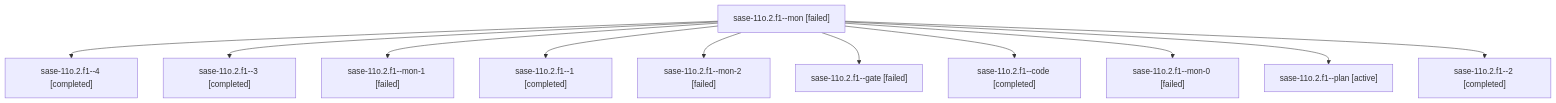
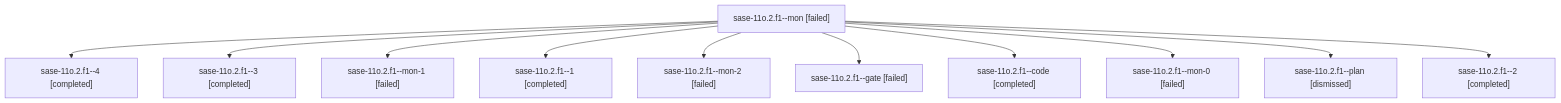
Before and after one commit to sase-org/sase--agents: the diagram in sessions/bbugyi200.athena.sase-11o.2.f1.md, drawn with Mermaid. The commit also changed other lines of this file and 252 other files, not shown here.

````diff
--- a/sessions/bbugyi200.athena.sase-11o.2.f1.md
+++ b/sessions/bbugyi200.athena.sase-11o.2.f1.md
@@ -9,24 +9,24 @@
 ```mermaid
 flowchart TD
   n0["sase-11o.2.f1--mon [failed]"]
   n1["sase-11o.2.f1--4 [completed]"]
   n0 --> n1
   n2["sase-11o.2.f1--3 [completed]"]
   n0 --> n2
   n3["sase-11o.2.f1--mon-1 [failed]"]
   n0 --> n3
   n4["sase-11o.2.f1--1 [completed]"]
   n0 --> n4
   n5["sase-11o.2.f1--mon-2 [failed]"]
   n0 --> n5
   n6["sase-11o.2.f1--gate [failed]"]
   n0 --> n6
   n7["sase-11o.2.f1--code [completed]"]
   n0 --> n7
   n8["sase-11o.2.f1--mon-0 [failed]"]
   n0 --> n8
-  n9["sase-11o.2.f1--plan [active]"]
+  n9["sase-11o.2.f1--plan [dismissed]"]
   n0 --> n9
   n10["sase-11o.2.f1--2 [completed]"]
   n0 --> n10
 ```
````
